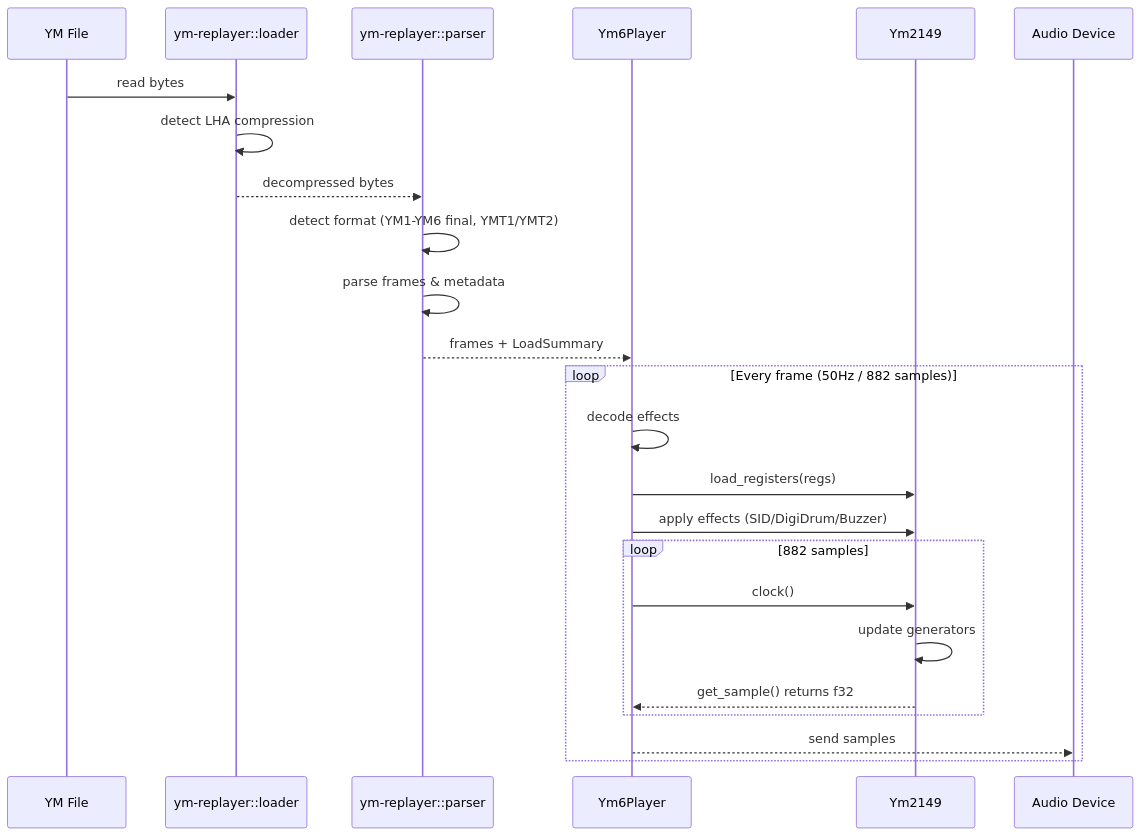
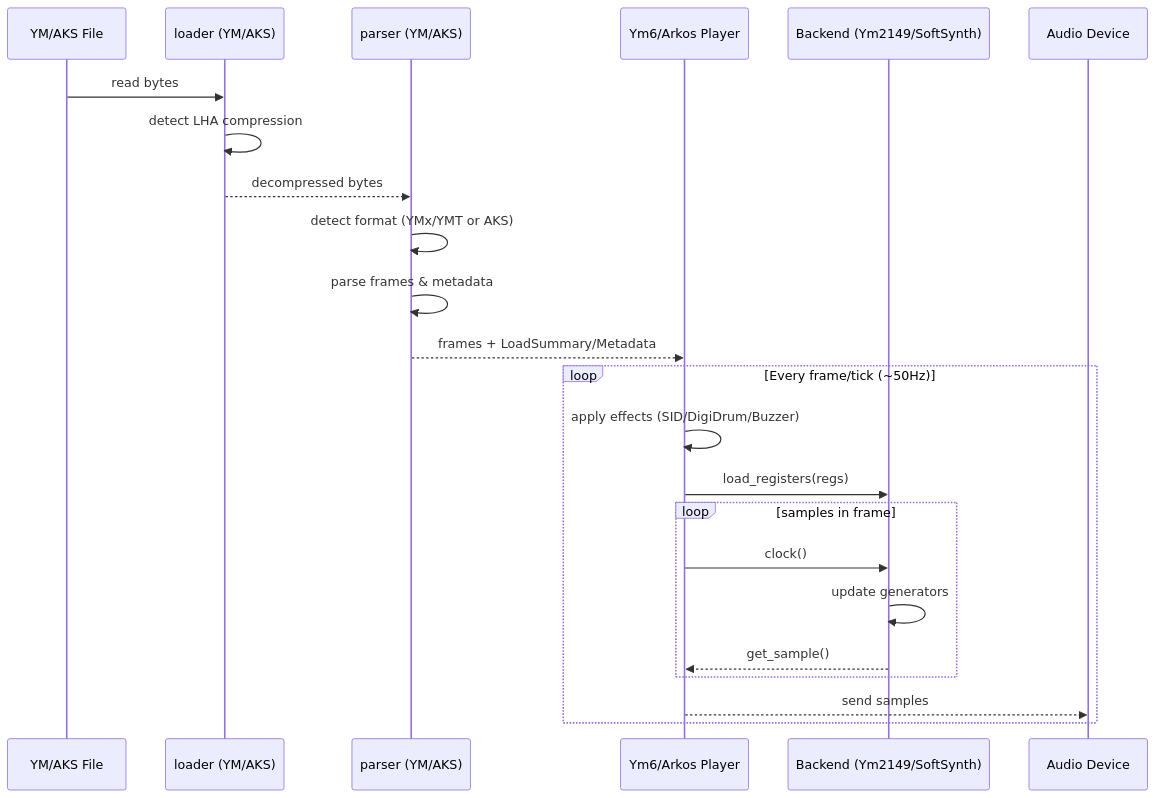
One commit to slippyex/ym2149-rs changed the second of 4 diagrams in ARCHITECTURE.md. Above: the diagram before and after it, drawn with Mermaid. The commit also changed other lines of this file and 9 other files, not shown here.

````diff
--- a/ARCHITECTURE.md
+++ b/ARCHITECTURE.md
@@ -61,30 +69,29 @@
 ```mermaid
 sequenceDiagram
-    participant File as YM File
-    participant Loader as ym-replayer::loader
-    participant Parser as ym-replayer::parser
-    participant Player as Ym6Player
-    participant Chip as Ym2149
+    participant File as YM/AKS File
+    participant Loader as loader (YM/AKS)
+    participant Parser as parser (YM/AKS)
+    participant Player as Ym6/Arkos Player
+    participant Chip as Backend (Ym2149/SoftSynth)
     participant Audio as Audio Device
 
     File->>Loader: read bytes
     Loader->>Loader: detect LHA compression
     Loader-->>Parser: decompressed bytes
-    Parser->>Parser: detect format (YM1-YM6 final, YMT1/YMT2)
+    Parser->>Parser: detect format (YMx/YMT or AKS)
     Parser->>Parser: parse frames & metadata
-    Parser-->>Player: frames + LoadSummary
+    Parser-->>Player: frames + LoadSummary/Metadata
 
-    loop Every frame (50Hz / 882 samples)
-        Player->>Player: decode effects
+    loop Every frame/tick (~50Hz)
+        Player->>Player: apply effects (SID/DigiDrum/Buzzer)
         Player->>Chip: load_registers(regs)
-        Player->>Chip: apply effects (SID/DigiDrum/Buzzer)
 
-        loop 882 samples
+        loop samples in frame
             Player->>Chip: clock()
             Chip->>Chip: update generators
-            Chip-->>Player: get_sample() returns f32
+            Chip-->>Player: get_sample()
         end
 
         Player-->>Audio: send samples
     end
 ```
````
